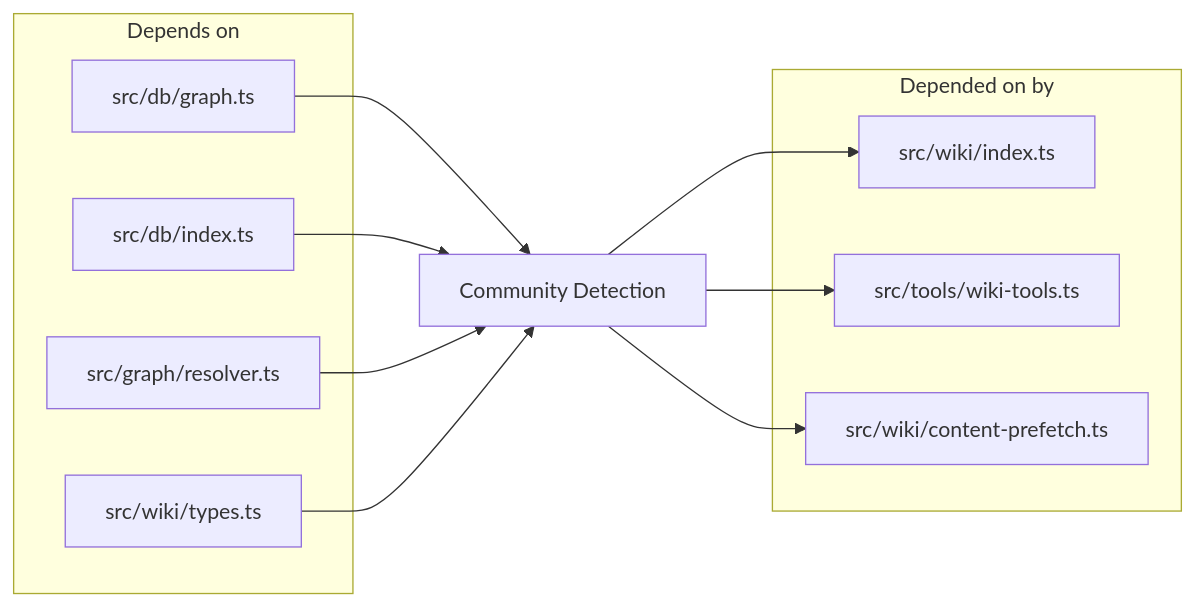
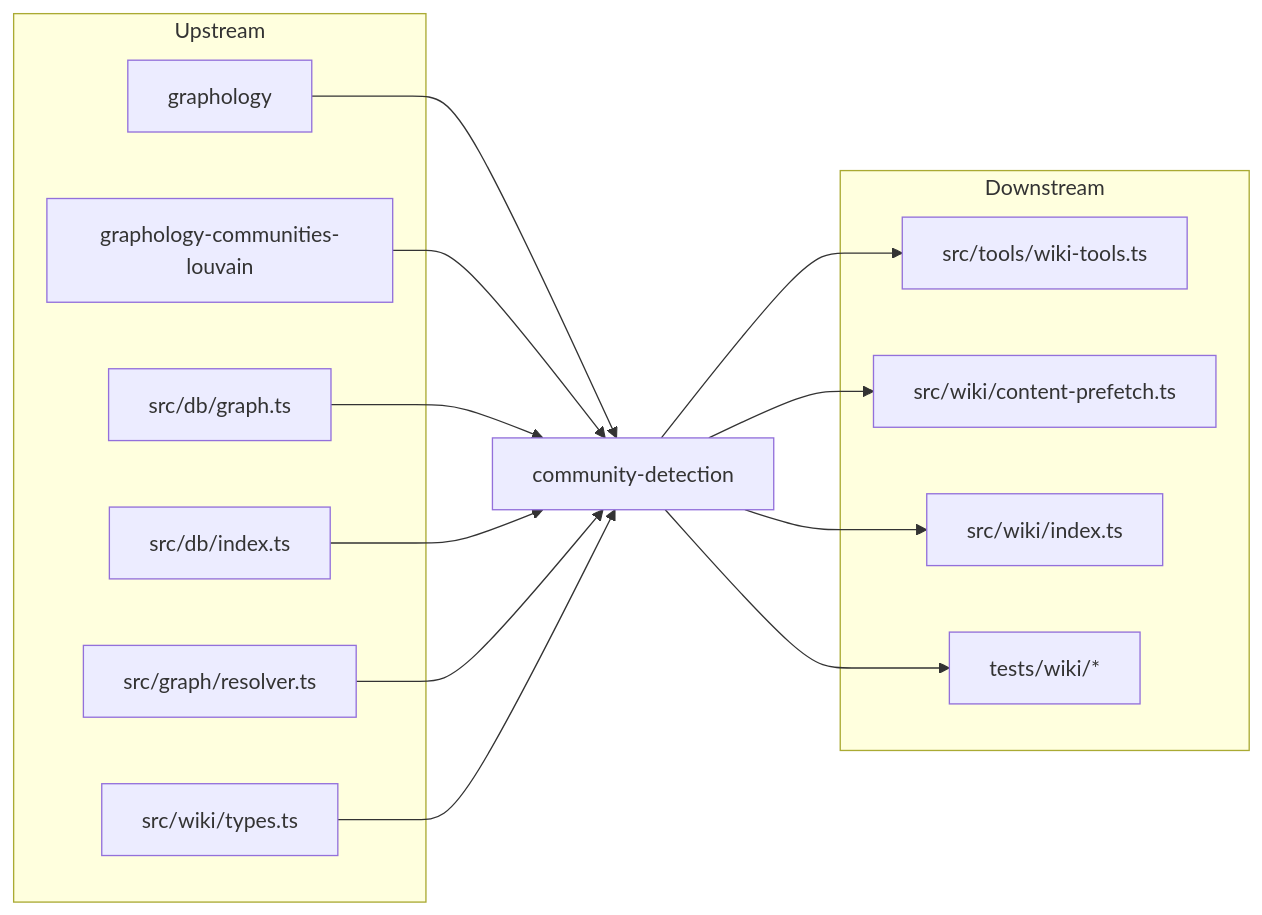
The second of 2 diagrams in wiki/communities/community-detection.md (TheWinci/mimirs), drawn with Mermaid before and after one commit. The commit also changed other lines of this file and 36 other files, not shown here.

````diff
--- a/wiki/communities/community-detection.md
+++ b/wiki/communities/community-detection.md
@@ -42,22 +59,28 @@
 ```mermaid
 flowchart LR
-  subgraph Upstream["Depends on"]
-    graphDB["src/db/graph.ts"]
-    dbIdx["src/db/index.ts"]
-    resolver["src/graph/resolver.ts"]
-    types["src/wiki/types.ts"]
-  end
-  commDet["Community Detection"]
-  subgraph Downstream["Depended on by"]
-    wikiIdx["src/wiki/index.ts"]
-    wikiTools["src/tools/wiki-tools.ts"]
-    prefetch["src/wiki/content-prefetch.ts"]
-  end
-  graphDB --> commDet
-  dbIdx --> commDet
-  resolver --> commDet
-  types --> commDet
-  commDet --> wikiIdx
-  commDet --> wikiTools
-  commDet --> prefetch
+    subgraph upstream["Upstream"]
+      graphology["graphology"]
+      louvainLib["graphology-communities-louvain"]
+      dbGraph["src/db/graph.ts"]
+      dbIdx["src/db/index.ts"]
+      resolver["src/graph/resolver.ts"]
+      typesMod["src/wiki/types.ts"]
+    end
+    detection["community-detection"]
+    subgraph downstream["Downstream"]
+      wikiTools["src/tools/wiki-tools.ts"]
+      prefetch["src/wiki/content-prefetch.ts"]
+      wikiIdx["src/wiki/index.ts"]
+      tests["tests/wiki/*"]
+    end
+    graphology --> detection
+    louvainLib --> detection
+    dbGraph --> detection
+    dbIdx --> detection
+    resolver --> detection
+    typesMod --> detection
+    detection --> wikiTools
+    detection --> prefetch
+    detection --> wikiIdx
+    detection --> tests
 ```
````
